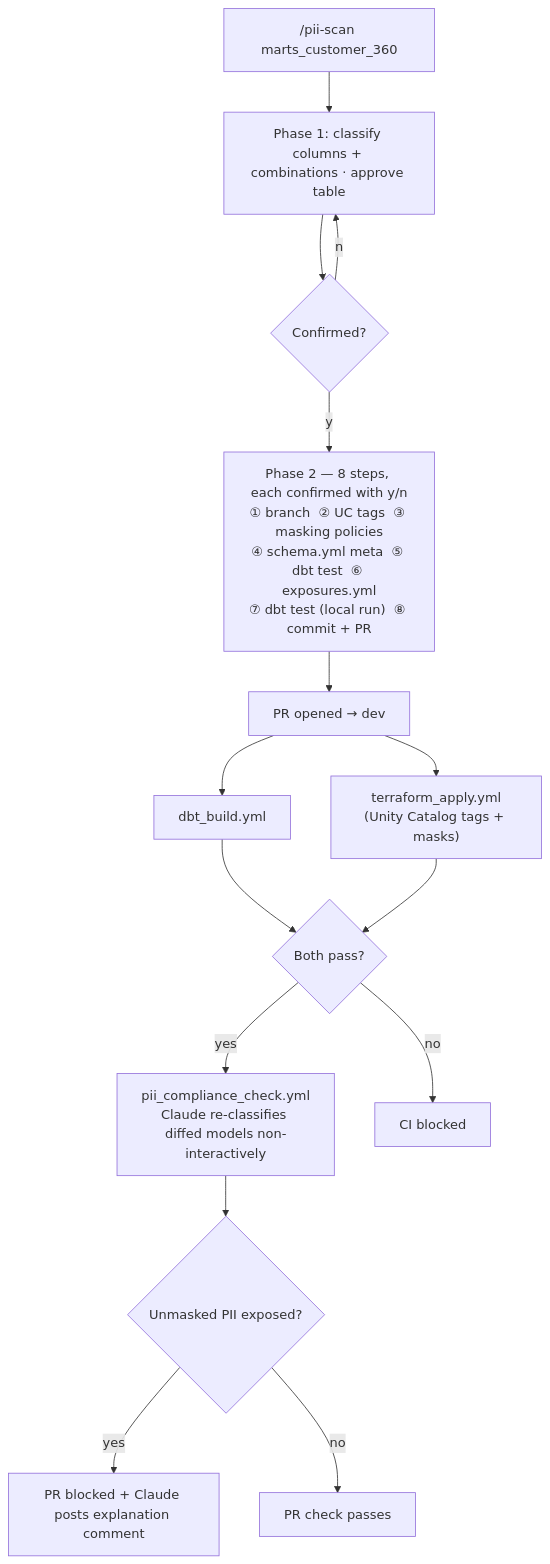
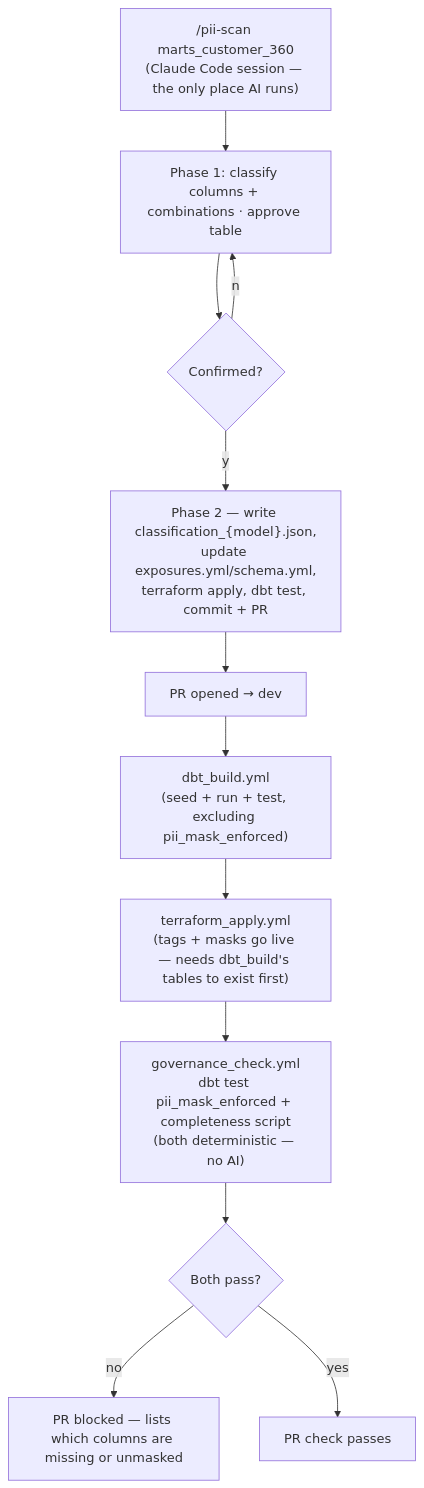
The first of 2 diagrams in README.md (Karasu1t/dbt-pii-compliance-pipeline), drawn with Mermaid before and after one commit. The commit also changed other lines of this file and 25 other files, not shown here.

````diff
--- a/README.md
+++ b/README.md
@@ -38,15 +38,14 @@
 ```mermaid
 flowchart TD
-    A["/pii-scan marts_customer_360"] --> B["Phase 1: classify columns + combinations · approve table"]
+    A["/pii-scan marts_customer_360\n(Claude Code session — the only place AI runs)"] --> B["Phase 1: classify columns + combinations · approve table"]
     B --> C{Confirmed?}
     C -- n --> B
-    C -- y --> D["Phase 2 — 8 steps, each confirmed with y/n\n① branch  ② UC tags  ③ masking policies\n④ schema.yml meta  ⑤ dbt test  ⑥ exposures.yml\n⑦ dbt test (local run)  ⑧ commit + PR"]
+    C -- y --> D["Phase 2 — write classification_{model}.json,\nupdate exposures.yml/schema.yml,\nterraform apply, dbt test, commit + PR"]
     D --> E["PR opened → dev"]
-    E --> F["dbt_build.yml"] & G["terraform_apply.yml\n(Unity Catalog tags + masks)"]
-    F & G --> H{Both pass?}
-    H -- yes --> I["pii_compliance_check.yml\nClaude re-classifies diffed models non-interactively"]
-    H -- no --> J["CI blocked"]
-    I --> K{Unmasked PII exposed?}
-    K -- yes --> L["PR blocked + Claude posts explanation comment"]
-    K -- no --> M["PR check passes"]
+    E --> F["dbt_build.yml\n(seed + run + test, excluding pii_mask_enforced)"]
+    F --> G["terraform_apply.yml\n(tags + masks go live — needs dbt_build's tables to exist first)"]
+    G --> H["governance_check.yml\ndbt test pii_mask_enforced + completeness script\n(both deterministic — no AI)"]
+    H --> I{Both pass?}
+    I -- no --> J["PR blocked — lists which columns are missing or unmasked"]
+    I -- yes --> K["PR check passes"]
 ```
````
